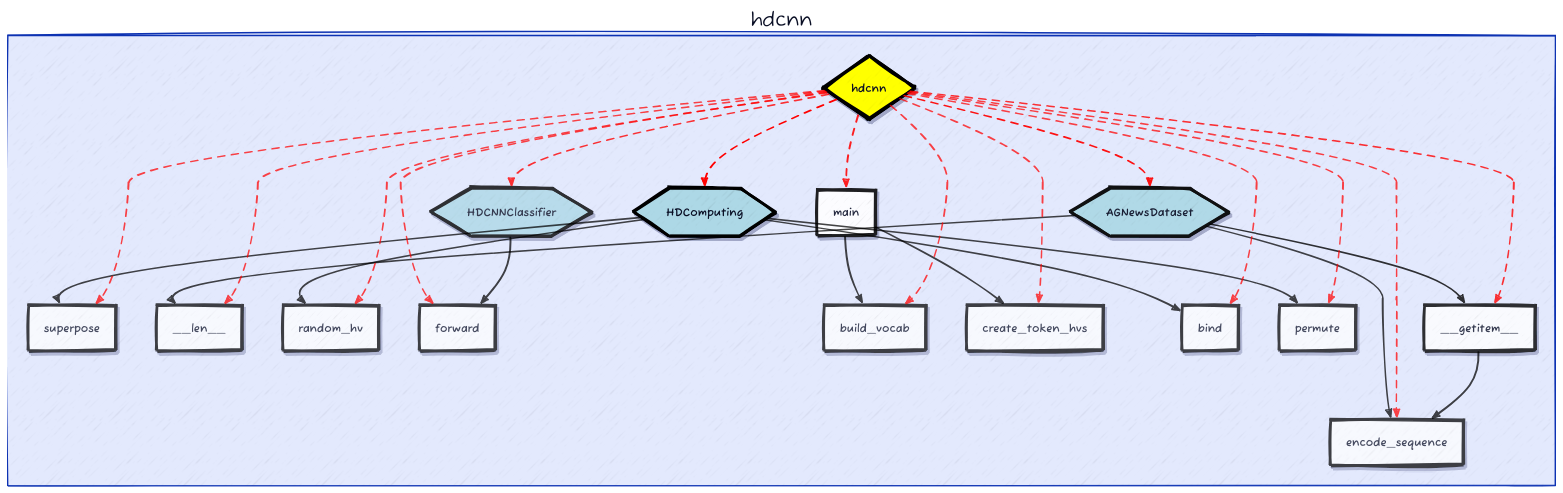
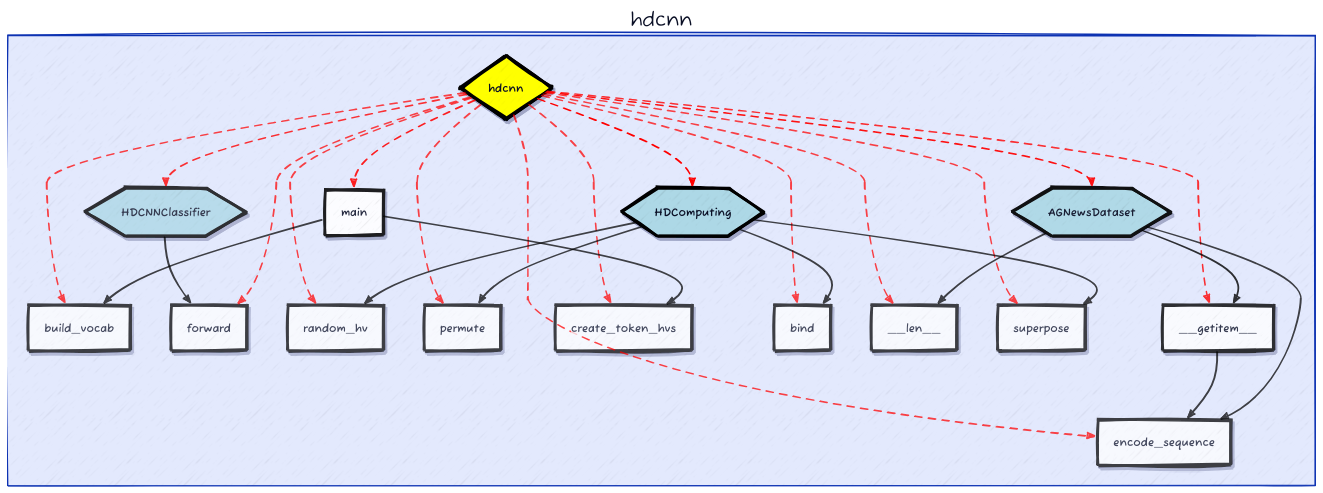
The diagram in eoh/d2_output/dag.d2 (fangyuan-ksgk/heuristic-search), drawn with D2 before and after one commit. The commit also changed other lines of this file and 7 other files, not shown here.

```diff
--- a/eoh/d2_output/dag.d2
+++ b/eoh/d2_output/dag.d2
@@ -35,41 +35,11 @@
     }
   }
 }
-hdcnn.main.class: function
-hdcnn.main.label: "main"
-hdcnn.main: {
+hdcnn.HDCNNClassifier.class: class
+hdcnn.HDCNNClassifier.label: "HDCNNClassifier"
+hdcnn.HDCNNClassifier: {
   style: {
-    opacity: 0.87
-    stroke: "black"
-    stroke-width: 4
-    shadow: true
-  }
-}
-hdcnn.superpose.class: function
-hdcnn.superpose.label: "superpose"
-hdcnn.superpose: {
-  style: {
-    opacity: 0.73
-    stroke: "black"
-    stroke-width: 4
-    shadow: true
-  }
-}
-hdcnn.__len__.class: function
-hdcnn.__len__.label: "__len__"
-hdcnn.__len__: {
-  style: {
-    opacity: 0.73
-    stroke: "black"
-    stroke-width: 4
-    shadow: true
-  }
-}
-hdcnn.random_hv.class: function
-hdcnn.random_hv.label: "random_hv"
-hdcnn.random_hv: {
-  style: {
-    opacity: 0.73
+    opacity: 0.80
     stroke: "black"
     stroke-width: 4
     shadow: true
@@ -78,26 +48,6 @@
 hdcnn.encode_sequence.class: function
 hdcnn.encode_sequence.label: "encode_sequence"
 hdcnn.encode_sequence: {
-  style: {
-    opacity: 0.73
-    stroke: "black"
-    stroke-width: 4
-    shadow: true
-  }
-}
-hdcnn.AGNewsDataset.class: class
-hdcnn.AGNewsDataset.label: "AGNewsDataset"
-hdcnn.AGNewsDataset: {
-  style: {
-    opacity: 0.93
-    stroke: "black"
-    stroke-width: 4
-    shadow: true
-  }
-}
-hdcnn.forward.class: function
-hdcnn.forward.label: "forward"
-hdcnn.forward: {
   style: {
     opacity: 0.73
     stroke: "black"
@@ -115,9 +65,9 @@
     shadow: true
   }
 }
-hdcnn.create_token_hvs.class: function
-hdcnn.create_token_hvs.label: "create_token_hvs"
-hdcnn.create_token_hvs: {
+hdcnn.forward.class: function
+hdcnn.forward.label: "forward"
+hdcnn.forward: {
   style: {
     opacity: 0.73
     stroke: "black"
@@ -125,21 +75,11 @@
     shadow: true
   }
 }
-hdcnn.bind.class: function
-hdcnn.bind.label: "bind"
-hdcnn.bind: {
+hdcnn.random_hv.class: function
+hdcnn.random_hv.label: "random_hv"
+hdcnn.random_hv: {
   style: {
     opacity: 0.73
-    stroke: "black"
-    stroke-width: 4
-    shadow: true
-  }
-}
-hdcnn.HDComputing.class: class
-hdcnn.HDComputing.label: "HDComputing"
-hdcnn.HDComputing: {
-  style: {
-    opacity: 1.00
     stroke: "black"
     stroke-width: 4
     shadow: true
@@ -175,22 +115,190 @@
     shadow: true
   }
 }
-hdcnn.HDCNNClassifier.class: class
-hdcnn.HDCNNClassifier.label: "HDCNNClassifier"
-hdcnn.HDCNNClassifier: {
+hdcnn.main.class: function
+hdcnn.main.label: "main"
+hdcnn.main: {
   style: {
-    opacity: 0.80
+    opacity: 0.87
     stroke: "black"
     stroke-width: 4
     shadow: true
   }
 }
-hdcnn.main -> hdcnn.create_token_hvs: {
+hdcnn.AGNewsDataset.class: class
+hdcnn.AGNewsDataset.label: "AGNewsDataset"
+hdcnn.AGNewsDataset: {
+  style: {
+    opacity: 0.93
+    stroke: "black"
+    stroke-width: 4
+    shadow: true
+  }
+}
+hdcnn.HDComputing.class: class
+hdcnn.HDComputing.label: "HDComputing"
+hdcnn.HDComputing: {
+  style: {
+    opacity: 1.00
+    stroke: "black"
+    stroke-width: 4
+    shadow: true
+  }
+}
+hdcnn.create_token_hvs.class: function
+hdcnn.create_token_hvs.label: "create_token_hvs"
+hdcnn.create_token_hvs: {
+  style: {
+    opacity: 0.73
+    stroke: "black"
+    stroke-width: 4
+    shadow: true
+  }
+}
+hdcnn.bind.class: function
+hdcnn.bind.label: "bind"
+hdcnn.bind: {
+  style: {
+    opacity: 0.73
+    stroke: "black"
+    stroke-width: 4
+    shadow: true
+  }
+}
+hdcnn.__len__.class: function
+hdcnn.__len__.label: "__len__"
+hdcnn.__len__: {
+  style: {
+    opacity: 0.73
+    stroke: "black"
+    stroke-width: 4
+    shadow: true
+  }
+}
+hdcnn.superpose.class: function
+hdcnn.superpose.label: "superpose"
+hdcnn.superpose: {
+  style: {
+    opacity: 0.73
+    stroke: "black"
+    stroke-width: 4
+    shadow: true
+  }
+}
+hdcnn.HDCNNClassifier -> hdcnn.forward: {
+  style.stroke: black
+  style.opacity: 0.73
+  style.stroke-width: 2
+}
+hdcnn.hdcnn -> hdcnn.HDCNNClassifier: {
+  style.stroke: red
+  style.opacity: 0.80
+  style.stroke-width: 2
+  style.stroke-dash: 5
+  style.animated: true
+}
+hdcnn.hdcnn -> hdcnn.forward: {
+  style.stroke: red
+  style.opacity: 0.73
+  style.stroke-width: 2
+  style.stroke-dash: 5
+  style.animated: true
+}
+hdcnn.hdcnn -> hdcnn.build_vocab: {
+  style.stroke: red
+  style.opacity: 0.73
+  style.stroke-width: 2
+  style.stroke-dash: 5
+  style.animated: true
+}
+hdcnn.hdcnn -> hdcnn.encode_sequence: {
+  style.stroke: red
+  style.opacity: 0.73
+  style.stroke-width: 2
+  style.stroke-dash: 5
+  style.animated: true
+}
+hdcnn.hdcnn -> hdcnn.random_hv: {
+  style.stroke: red
+  style.opacity: 0.73
+  style.stroke-width: 2
+  style.stroke-dash: 5
+  style.animated: true
+}
+hdcnn.hdcnn -> hdcnn.permute: {
+  style.stroke: red
+  style.opacity: 0.73
+  style.stroke-width: 2
+  style.stroke-dash: 5
+  style.animated: true
+}
+hdcnn.hdcnn -> hdcnn.__getitem__: {
+  style.stroke: red
+  style.opacity: 0.80
+  style.stroke-width: 2
+  style.stroke-dash: 5
+  style.animated: true
+}
+hdcnn.hdcnn -> hdcnn.main: {
+  style.stroke: red
+  style.opacity: 0.87
+  style.stroke-width: 2
+  style.stroke-dash: 5
+  style.animated: true
+}
+hdcnn.hdcnn -> hdcnn.AGNewsDataset: {
+  style.stroke: red
+  style.opacity: 0.93
+  style.stroke-width: 2
+  style.stroke-dash: 5
+  style.animated: true
+}
+hdcnn.hdcnn -> hdcnn.HDComputing: {
+  style.stroke: red
+  style.opacity: 1.00
+  style.stroke-width: 2
+  style.stroke-dash: 5
+  style.animated: true
+}
+hdcnn.hdcnn -> hdcnn.create_token_hvs: {
+  style.stroke: red
+  style.opacity: 0.73
+  style.stroke-width: 2
+  style.stroke-dash: 5
+  style.animated: true
+}
+hdcnn.hdcnn -> hdcnn.bind: {
+  style.stroke: red
+  style.opacity: 0.73
+  style.stroke-width: 2
+  style.stroke-dash: 5
+  style.animated: true
+}
+hdcnn.hdcnn -> hdcnn.__len__: {
+  style.stroke: red
+  style.opacity: 0.73
+  style.stroke-width: 2
+  style.stroke-dash: 5
+  style.animated: true
+}
+hdcnn.hdcnn -> hdcnn.superpose: {
+  style.stroke: red
+  style.opacity: 0.73
+  style.stroke-width: 2
+  style.stroke-dash: 5
+  style.animated: true
+}
+hdcnn.__getitem__ -> hdcnn.encode_sequence: {
   style.stroke: black
   style.opacity: 0.73
   style.stroke-width: 2
 }
 hdcnn.main -> hdcnn.build_vocab: {
+  style.stroke: black
+  style.opacity: 0.73
+  style.stroke-width: 2
+}
+hdcnn.main -> hdcnn.create_token_hvs: {
   style.stroke: black
   style.opacity: 0.73
   style.stroke-width: 2
@@ -210,6 +318,11 @@
   style.opacity: 0.73
   style.stroke-width: 2
 }
+hdcnn.HDComputing -> hdcnn.permute: {
+  style.stroke: black
+  style.opacity: 0.73
+  style.stroke-width: 2
+}
 hdcnn.HDComputing -> hdcnn.superpose: {
   style.stroke: black
   style.opacity: 0.73
@@ -225,116 +338,3 @@
   style.opacity: 0.73
   style.stroke-width: 2
 }
-hdcnn.HDComputing -> hdcnn.permute: {
-  style.stroke: black
-  style.opacity: 0.73
-  style.stroke-width: 2
-}
-hdcnn.hdcnn -> hdcnn.main: {
-  style.stroke: red
-  style.opacity: 0.87
-  style.stroke-width: 2
-  style.stroke-dash: 5
-  style.animated: true
-}
-hdcnn.hdcnn -> hdcnn.superpose: {
-  style.stroke: red
-  style.opacity: 0.73
-  style.stroke-width: 2
-  style.stroke-dash: 5
-  style.animated: true
-}
-hdcnn.hdcnn -> hdcnn.__len__: {
-  style.stroke: red
-  style.opacity: 0.73
-  style.stroke-width: 2
-  style.stroke-dash: 5
-  style.animated: true
-}
-hdcnn.hdcnn -> hdcnn.random_hv: {
-  style.stroke: red
-  style.opacity: 0.73
-  style.stroke-width: 2
-  style.stroke-dash: 5
-  style.animated: true
-}
-hdcnn.hdcnn -> hdcnn.encode_sequence: {
-  style.stroke: red
-  style.opacity: 0.73
-  style.stroke-width: 2
-  style.stroke-dash: 5
-  style.animated: true
-}
-hdcnn.hdcnn -> hdcnn.AGNewsDataset: {
-  style.stroke: red
-  style.opacity: 0.93
-  style.stroke-width: 2
-  style.stroke-dash: 5
-  style.animated: true
-}
-hdcnn.hdcnn -> hdcnn.forward: {
-  style.stroke: red
-  style.opacity: 0.73
-  style.stroke-width: 2
-  style.stroke-dash: 5
-  style.animated: true
-}
-hdcnn.hdcnn -> hdcnn.build_vocab: {
-  style.stroke: red
-  style.opacity: 0.73
-  style.stroke-width: 2
-  style.stroke-dash: 5
-  style.animated: true
-}
-hdcnn.hdcnn -> hdcnn.create_token_hvs: {
-  style.stroke: red
-  style.opacity: 0.73
-  style.stroke-width: 2
-  style.stroke-dash: 5
-  style.animated: true
-}
-hdcnn.hdcnn -> hdcnn.bind: {
-  style.stroke: red
-  style.opacity: 0.73
-  style.stroke-width: 2
-  style.stroke-dash: 5
-  style.animated: true
-}
-hdcnn.hdcnn -> hdcnn.HDComputing: {
-  style.stroke: red
-  style.opacity: 1.00
-  style.stroke-width: 2
-  style.stroke-dash: 5
-  style.animated: true
-}
-hdcnn.hdcnn -> hdcnn.permute: {
-  style.stroke: red
-  style.opacity: 0.73
-  style.stroke-width: 2
-  style.stroke-dash: 5
-  style.animated: true
-}
-hdcnn.hdcnn -> hdcnn.HDCNNClassifier: {
-  style.stroke: red
-  style.opacity: 0.80
-  style.stroke-width: 2
-  style.stroke-dash: 5
-  style.animated: true
-}
-hdcnn.hdcnn -> hdcnn.__getitem__: {
-  style.stroke: red
-  style.opacity: 0.80
-  style.stroke-width: 2
-  style.stroke-dash: 5
-  style.animated: true
-}
-hdcnn.__getitem__ -> hdcnn.encode_sequence: {
-  style.stroke: black
-  style.opacity: 0.73
-  style.stroke-width: 2
-}
-hdcnn.HDCNNClassifier -> hdcnn.forward: {
-  style.stroke: black
-  style.opacity: 0.73
-  style.stroke-width: 2
-}
```
